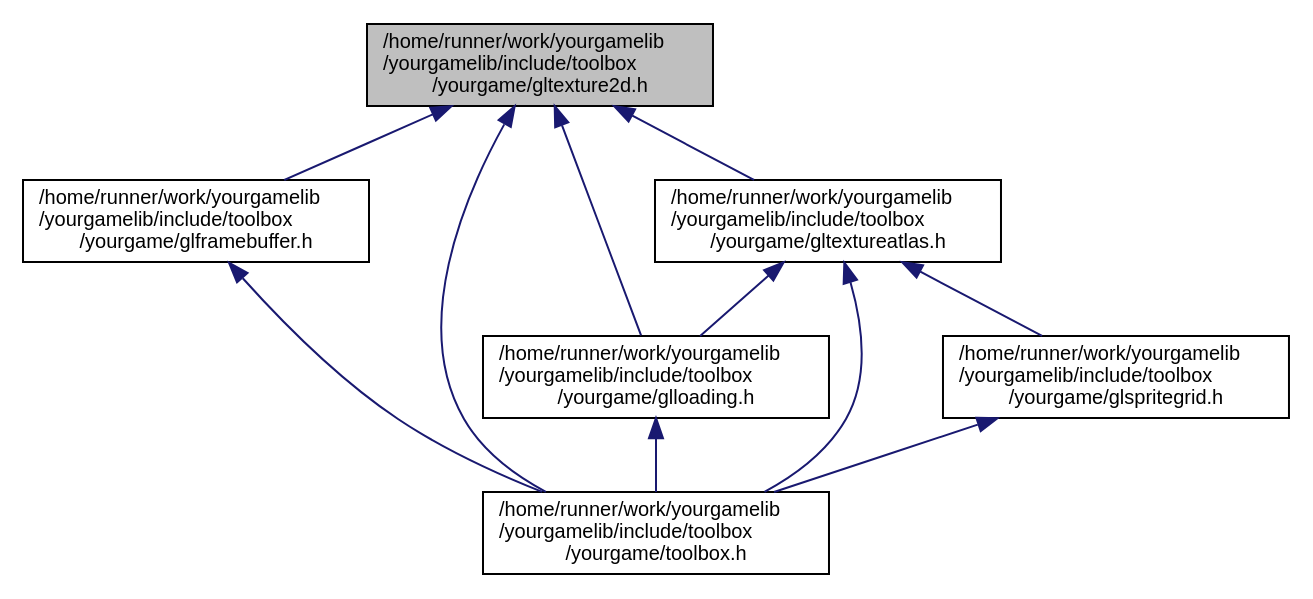
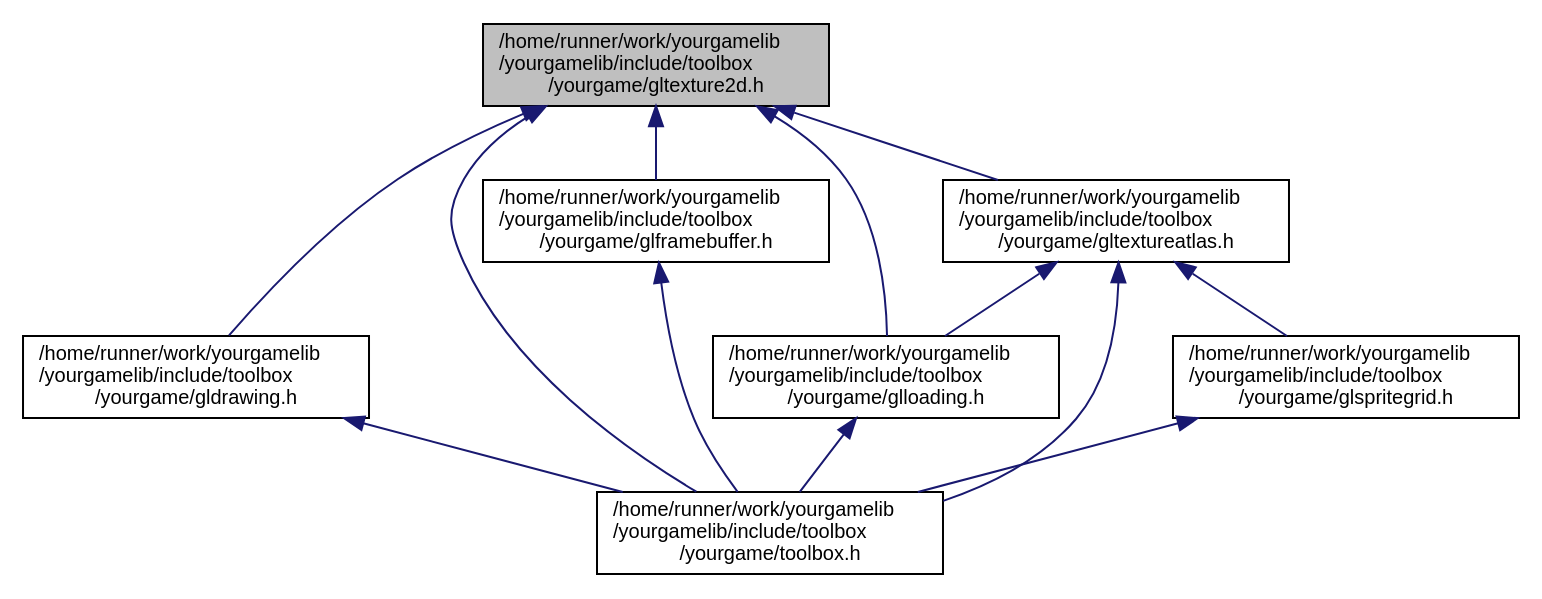
One commit to duddel/yourgamelib changed the diagram in gltexture2d_8h__dep__incl.dot. Above: the diagram before and after it, drawn with Graphviz. The commit also changed 50 other files, not shown here.

```diff
--- a/gltexture2d_8h__dep__incl.dot
+++ b/gltexture2d_8h__dep__incl.dot
@@ -1,21 +1,24 @@
 digraph "/home/runner/work/yourgamelib/yourgamelib/include/toolbox/yourgame/gltexture2d.h"
 {
   edge [fontname="Helvetica",fontsize="10",labelfontname="Helvetica",labelfontsize="10"];
   node [fontname="Helvetica",fontsize="10",shape=record];
   Node4 [label="/home/runner/work/yourgamelib\l/yourgamelib/include/toolbox\l/yourgame/gltexture2d.h",height=0.2,width=0.4,color="black", fillcolor="grey75", style="filled", fontcolor="black"];
   Node4 -> Node5 [dir="back",color="midnightblue",fontsize="10",style="solid",fontname="Helvetica"];
-  Node5 [label="/home/runner/work/yourgamelib\l/yourgamelib/include/toolbox\l/yourgame/glframebuffer.h",height=0.2,width=0.4,color="black", fillcolor="white", style="filled",URL="$glframebuffer_8h.html"];
+  Node5 [label="/home/runner/work/yourgamelib\l/yourgamelib/include/toolbox\l/yourgame/gldrawing.h",height=0.2,width=0.4,color="black", fillcolor="white", style="filled",URL="$gldrawing_8h.html"];
   Node5 -> Node6 [dir="back",color="midnightblue",fontsize="10",style="solid",fontname="Helvetica"];
   Node6 [label="/home/runner/work/yourgamelib\l/yourgamelib/include/toolbox\l/yourgame/toolbox.h",height=0.2,width=0.4,color="black", fillcolor="white", style="filled",URL="$toolbox_8h.html"];
   Node4 -> Node7 [dir="back",color="midnightblue",fontsize="10",style="solid",fontname="Helvetica"];
-  Node7 [label="/home/runner/work/yourgamelib\l/yourgamelib/include/toolbox\l/yourgame/glloading.h",height=0.2,width=0.4,color="black", fillcolor="white", style="filled",URL="$glloading_8h.html"];
+  Node7 [label="/home/runner/work/yourgamelib\l/yourgamelib/include/toolbox\l/yourgame/glframebuffer.h",height=0.2,width=0.4,color="black", fillcolor="white", style="filled",URL="$glframebuffer_8h.html"];
   Node7 -> Node6 [dir="back",color="midnightblue",fontsize="10",style="solid",fontname="Helvetica"];
   Node4 -> Node8 [dir="back",color="midnightblue",fontsize="10",style="solid",fontname="Helvetica"];
-  Node8 [label="/home/runner/work/yourgamelib\l/yourgamelib/include/toolbox\l/yourgame/gltextureatlas.h",height=0.2,width=0.4,color="black", fillcolor="white", style="filled",URL="$gltextureatlas_8h.html"];
-  Node8 -> Node7 [dir="back",color="midnightblue",fontsize="10",style="solid",fontname="Helvetica"];
-  Node8 -> Node9 [dir="back",color="midnightblue",fontsize="10",style="solid",fontname="Helvetica"];
-  Node9 [label="/home/runner/work/yourgamelib\l/yourgamelib/include/toolbox\l/yourgame/glspritegrid.h",height=0.2,width=0.4,color="black", fillcolor="white", style="filled",URL="$glspritegrid_8h.html"];
+  Node8 [label="/home/runner/work/yourgamelib\l/yourgamelib/include/toolbox\l/yourgame/glloading.h",height=0.2,width=0.4,color="black", fillcolor="white", style="filled",URL="$glloading_8h.html"];
+  Node8 -> Node6 [dir="back",color="midnightblue",fontsize="10",style="solid",fontname="Helvetica"];
+  Node4 -> Node9 [dir="back",color="midnightblue",fontsize="10",style="solid",fontname="Helvetica"];
+  Node9 [label="/home/runner/work/yourgamelib\l/yourgamelib/include/toolbox\l/yourgame/gltextureatlas.h",height=0.2,width=0.4,color="black", fillcolor="white", style="filled",URL="$gltextureatlas_8h.html"];
+  Node9 -> Node8 [dir="back",color="midnightblue",fontsize="10",style="solid",fontname="Helvetica"];
+  Node9 -> Node10 [dir="back",color="midnightblue",fontsize="10",style="solid",fontname="Helvetica"];
+  Node10 [label="/home/runner/work/yourgamelib\l/yourgamelib/include/toolbox\l/yourgame/glspritegrid.h",height=0.2,width=0.4,color="black", fillcolor="white", style="filled",URL="$glspritegrid_8h.html"];
+  Node10 -> Node6 [dir="back",color="midnightblue",fontsize="10",style="solid",fontname="Helvetica"];
   Node9 -> Node6 [dir="back",color="midnightblue",fontsize="10",style="solid",fontname="Helvetica"];
-  Node8 -> Node6 [dir="back",color="midnightblue",fontsize="10",style="solid",fontname="Helvetica"];
   Node4 -> Node6 [dir="back",color="midnightblue",fontsize="10",style="solid",fontname="Helvetica"];
 }
```
